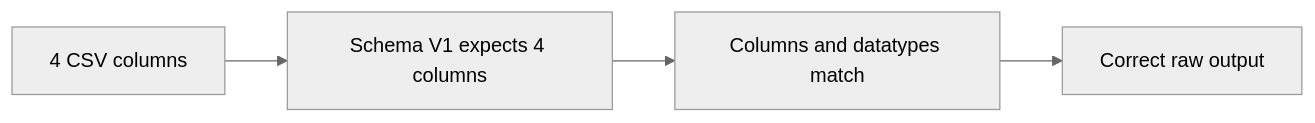
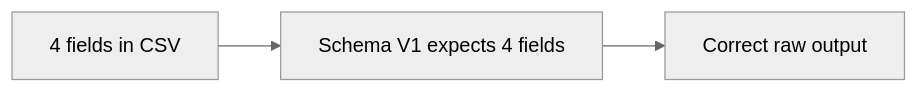
Before and after one commit to tg117official/databricks-hands-on-tg117-pst: the fourth of 15 diagrams in 03_file_based_ingestion/session_4/customer_schema_evolution/customer_schema_evolution_notes.md, drawn with Mermaid (neutral theme). The commit also changed other lines of this file and 4 other files, not shown here.

Commit message:
added schema evolution scenarios problem solution approach

````diff
--- a/03_file_based_ingestion/session_4/customer_schema_evolution/customer_schema_evolution_notes.md
+++ b/03_file_based_ingestion/session_4/customer_schema_evolution/customer_schema_evolution_notes.md
@@ -358,6 +220,5 @@
 ```mermaid
 flowchart LR
-    A[4 CSV columns] --> B[Schema V1 expects 4 columns]
-    B --> C[Columns and datatypes match]
-    C --> D[Correct raw output]
+    A[4 fields in CSV] --> B[Schema V1 expects 4 fields]
+    B --> C[Correct raw output]
 ```
````
